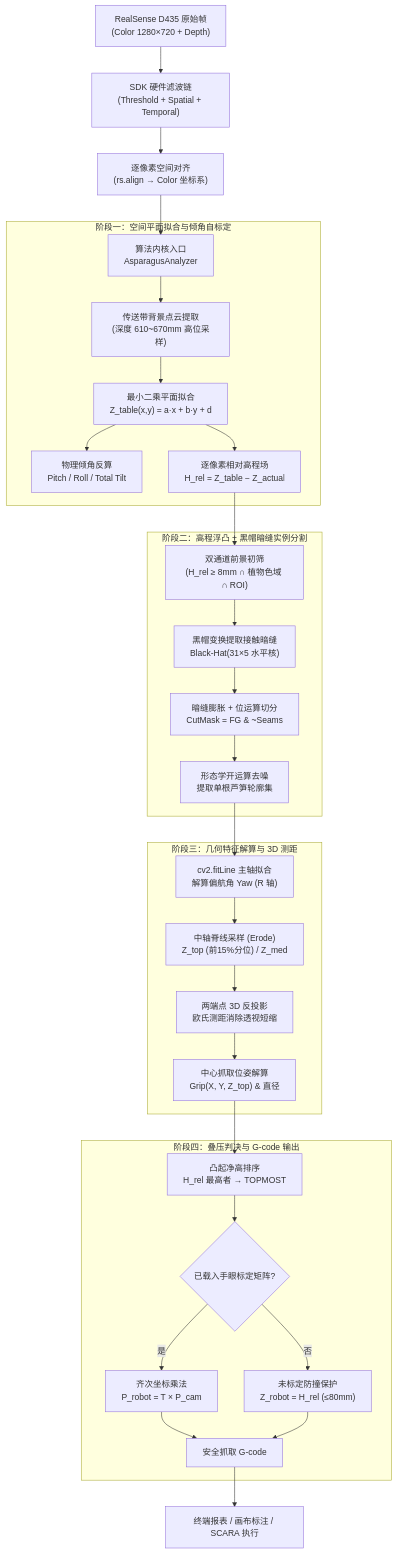
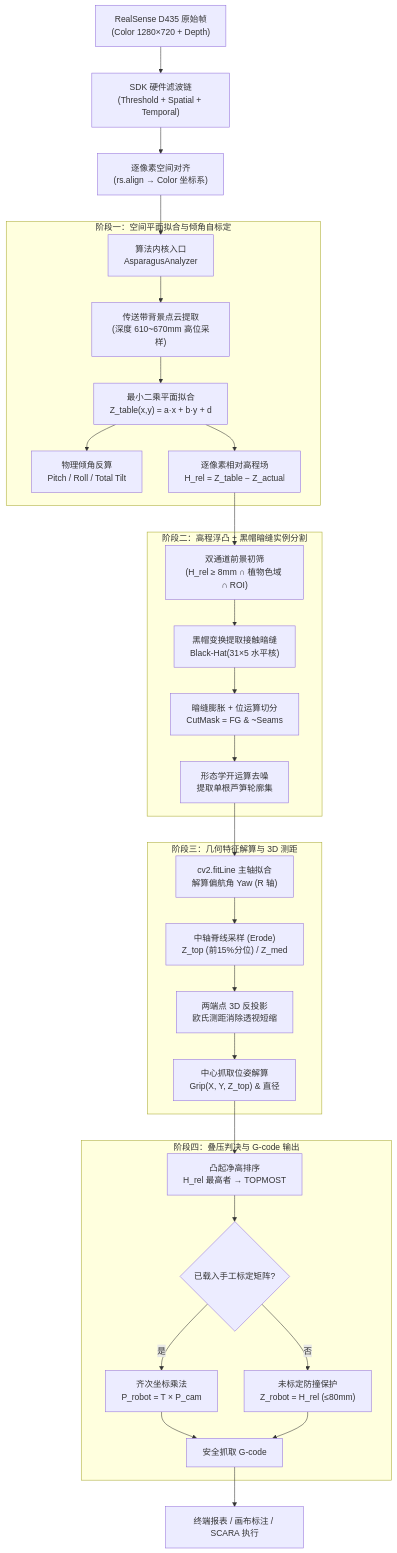
Before and after one commit to voicevon/flux_vision_3d: the first of 2 diagrams in docs/algorithm_pipeline.md, drawn with Mermaid. The commit also changed other lines of this file and 23 other files, not shown here.

````diff
--- a/docs/algorithm_pipeline.md
+++ b/docs/algorithm_pipeline.md
@@ -25,38 +25,38 @@
 ```mermaid
 flowchart TD
     A["RealSense D435 原始帧<br>(Color 1280×720 + Depth)"] --> B["SDK 硬件滤波链<br>(Threshold + Spatial + Temporal)"]
     B --> C["逐像素空间对齐<br>(rs.align → Color 坐标系)"]
     C --> D["算法内核入口<br>AsparagusAnalyzer"]
 
     subgraph S1["阶段一：空间平面拟合与倾角自标定"]
         D --> E["传送带背景点云提取<br>(深度 610~670mm 高位采样)"]
         E --> F["最小二乘平面拟合<br>Z_table(x,y) = a·x + b·y + d"]
         F --> G["物理倾角反算<br>Pitch / Roll / Total Tilt"]
         F --> H["逐像素相对高程场<br>H_rel = Z_table − Z_actual"]
     end
 
     subgraph S2["阶段二：高程浮凸 + 黑帽暗缝实例分割"]
         H --> I["双通道前景初筛<br>(H_rel ≥ 8mm ∩ 植物色域 ∩ ROI)"]
         I --> J["黑帽变换提取接触暗缝<br>Black-Hat(31×5 水平核)"]
         J --> K["暗缝膨胀 + 位运算切分<br>CutMask = FG & ~Seams"]
         K --> L["形态学开运算去噪<br>提取单根芦笋轮廓集"]
     end
 
     subgraph S3["阶段三：几何特征解算与 3D 测距"]
         L --> M["cv2.fitLine 主轴拟合<br>解算偏航角 Yaw (R 轴)"]
         M --> N["中轴脊线采样 (Erode)<br>Z_top (前15%分位) / Z_med"]
         N --> O["两端点 3D 反投影<br>欧氏测距消除透视短缩"]
         O --> P["中心抓取位姿解算<br>Grip(X, Y, Z_top) & 直径"]
     end
 
     subgraph S4["阶段四：叠压判决与 G-code 输出"]
         P --> Q["凸起净高排序<br>H_rel 最高者 → TOPMOST"]
-        Q --> R{"已载入手眼标定矩阵?"}
+        Q --> R{"已载入手工标定矩阵?"}
         R -- 是 --> S["齐次坐标乘法<br>P_robot = T × P_cam"]
         R -- 否 --> T["未标定防撞保护<br>Z_robot = H_rel (≤80mm)"]
         S --> U["安全抓取 G-code"]
         T --> U
     end
 
     U --> V["终端报表 / 画布标注 / SCARA 执行"]
 ```
````
